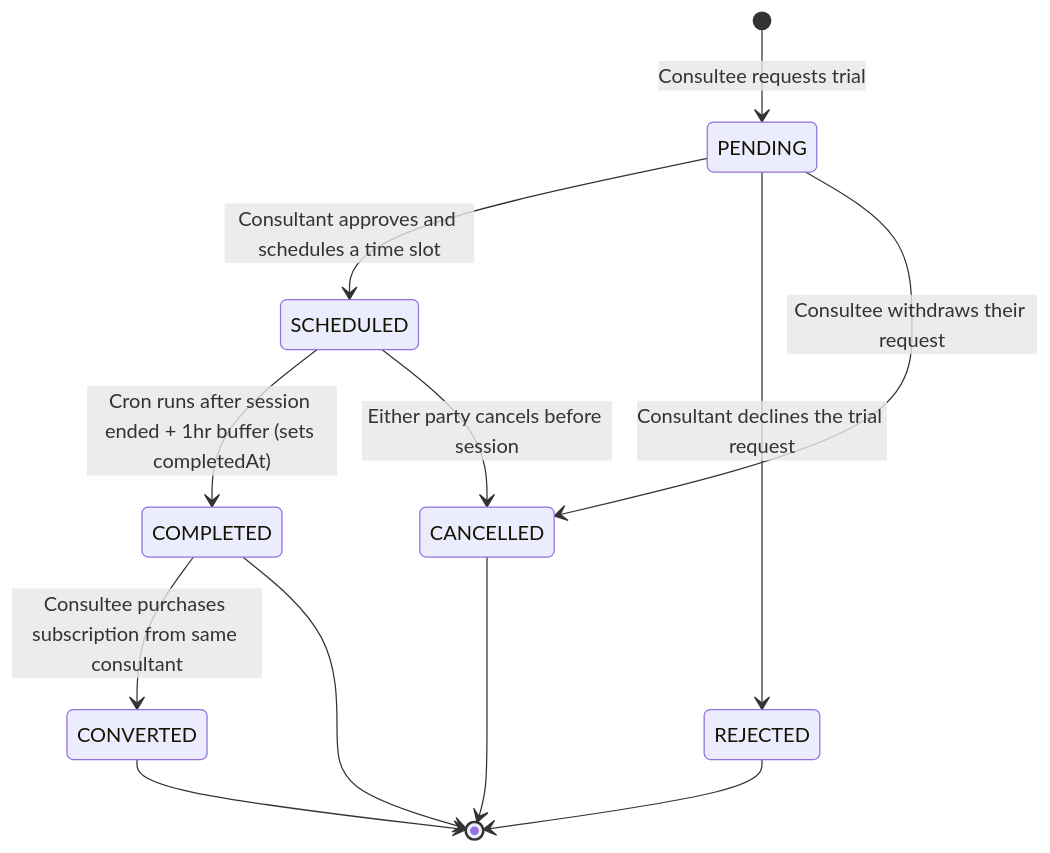
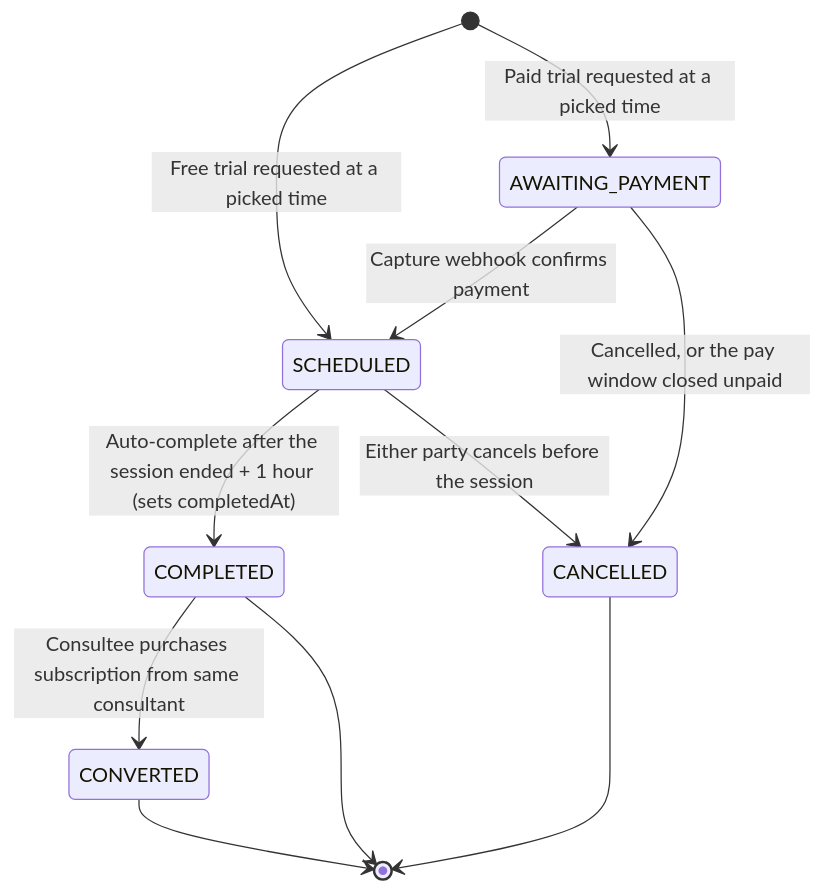
Diagram 12 of 16 in docs/booking/06-booking-lifecycle.md (Practitionist/familiarise_web), drawn with Mermaid before and after one commit. The commit also changed other lines of this file and 20 other files, not shown here.

````diff
--- a/docs/booking/06-booking-lifecycle.md
+++ b/docs/booking/06-booking-lifecycle.md
@@ -953,18 +955,17 @@
 ```mermaid
 stateDiagram-v2
-    [*] --> PENDING: Consultee requests trial
+    [*] --> SCHEDULED: Free trial requested at a picked time
+    [*] --> AWAITING_PAYMENT: Paid trial requested at a picked time
 
-    PENDING --> SCHEDULED: Consultant approves and schedules a time slot
-    PENDING --> REJECTED: Consultant declines the trial request
-    PENDING --> CANCELLED: Consultee withdraws their request
+    AWAITING_PAYMENT --> SCHEDULED: Capture webhook confirms payment
+    AWAITING_PAYMENT --> CANCELLED: Cancelled, or the pay window closed unpaid
 
-    SCHEDULED --> COMPLETED: Cron runs after session ended + 1hr buffer (sets completedAt)
-    SCHEDULED --> CANCELLED: Either party cancels before session
+    SCHEDULED --> COMPLETED: Auto-complete after the session ended + 1 hour (sets completedAt)
+    SCHEDULED --> CANCELLED: Either party cancels before the session
 
     COMPLETED --> CONVERTED: Consultee purchases subscription from same consultant
 
     CONVERTED --> [*]
     COMPLETED --> [*]
-    REJECTED --> [*]
     CANCELLED --> [*]
 ```
````
